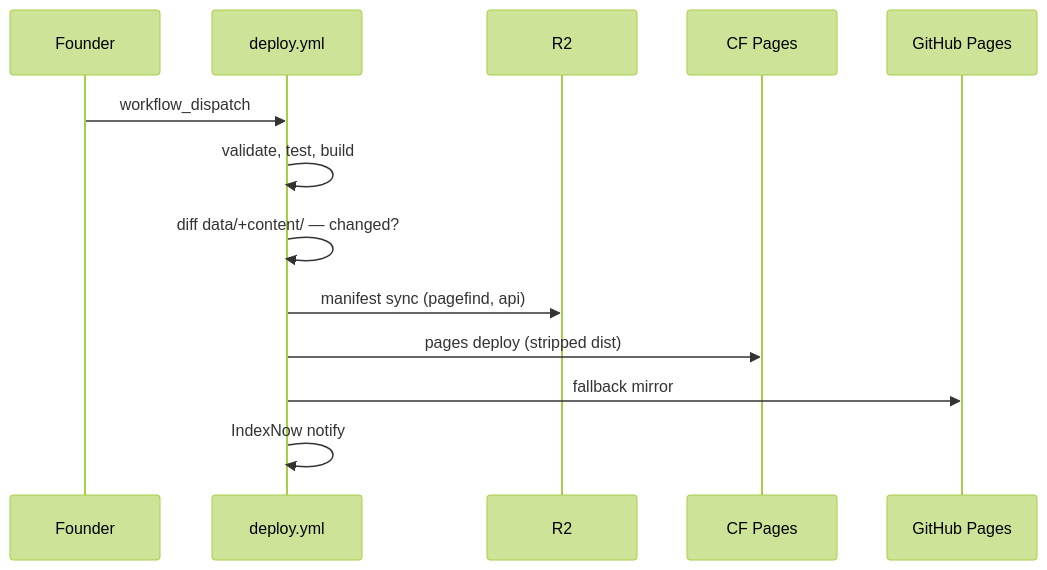
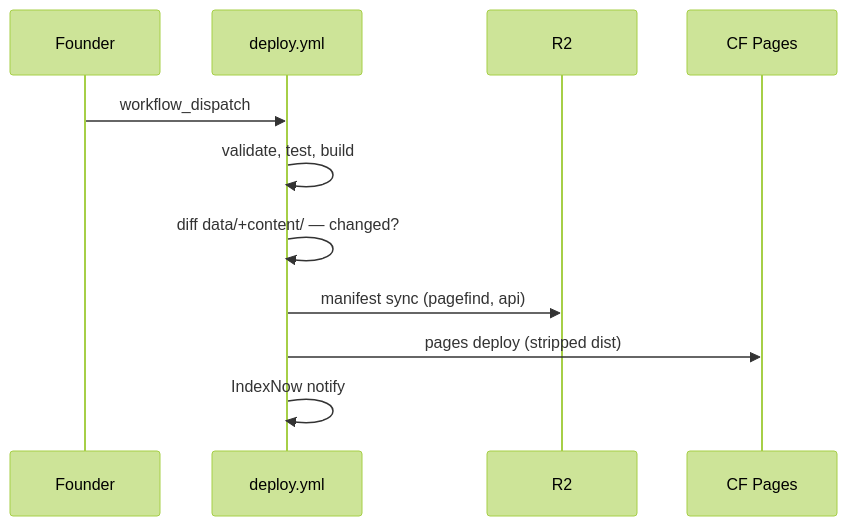
One commit to amado2k5/islam-museum changed the eighth of 8 diagrams in docs/engineering/diagrams.md. Above: the diagram before and after it, drawn with Mermaid (forest theme). The commit also changed other lines of this file and 12 other files, not shown here.

````diff
--- a/docs/engineering/diagrams.md
+++ b/docs/engineering/diagrams.md
@@ -153,16 +150,14 @@
 ```mermaid
 sequenceDiagram
     participant F as Founder
     participant W as deploy.yml
     participant R2
     participant P as CF Pages
-    participant G as GitHub Pages
 
     F->>W: workflow_dispatch
     W->>W: validate, test, build
     W->>W: diff data/+content/ — changed?
     W->>R2: manifest sync (pagefind, api)
     W->>P: pages deploy (stripped dist)
-    W->>G: fallback mirror
     W->>W: IndexNow notify
 ```
````
